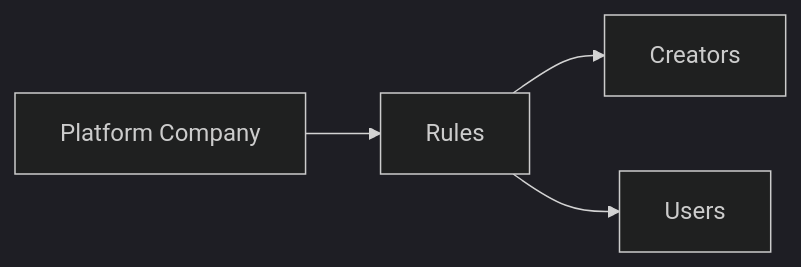
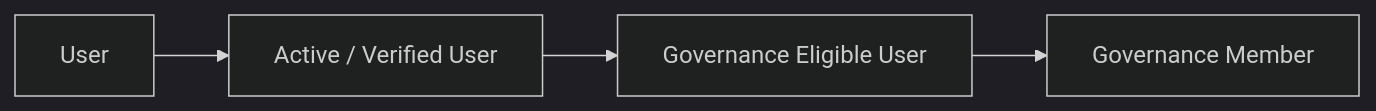
The second of 23 diagrams in docs/whitepaper/07-governance.md (ShigeichiroYamasaki/creator-first-platform), drawn with Mermaid (dark theme) before and after one commit. The commit also changed other lines of this file and 1 other file, not shown here.

````diff
--- a/docs/whitepaper/07-governance.md
+++ b/docs/whitepaper/07-governance.md
@@ -62,7 +87,9 @@
 ```mermaid
 flowchart LR
-    COMPANY[Platform Company]
-    COMPANY --> RULE[Rules]
-    RULE --> CREATOR[Creators]
-    RULE --> USER[Users]
+    USER[User]
+    ACTIVE[Active / Verified User]
+    ELIGIBLE[Governance Eligible User]
+    MEMBER[Governance Member]
+
+    USER --> ACTIVE --> ELIGIBLE --> MEMBER
 ```
````
